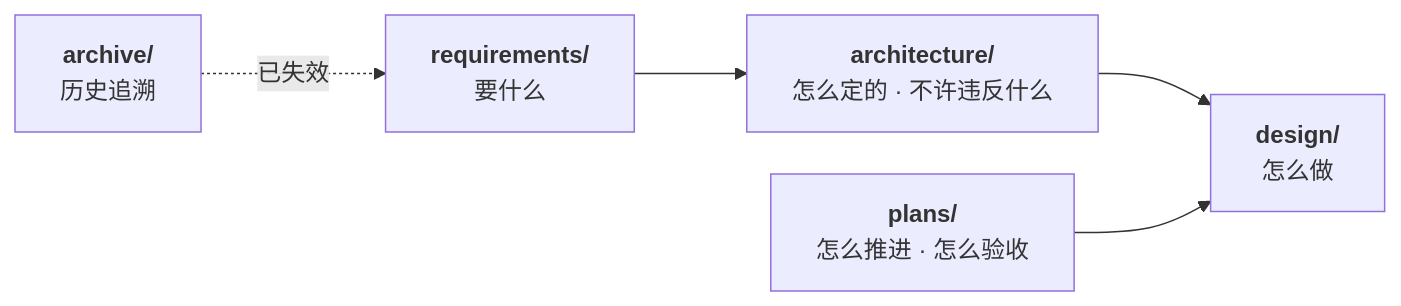
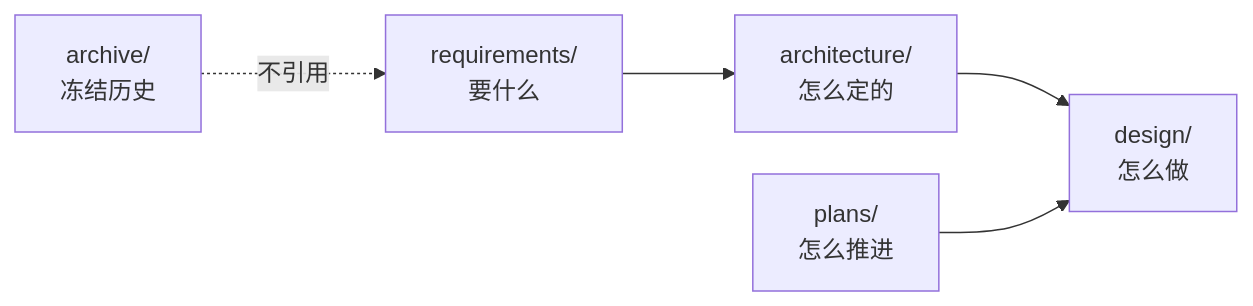
The diagram in docs/README.md (charleslyh/nova-chat), drawn with Mermaid before and after one commit. The commit also changed other lines of this file and 137 other files, not shown here.

Commit message:
feat(sessions): reshape product around session-stream gateway with verification-first rails test: add L0–L2 harness, Trace/Oracle scenarios, and just verify/coverage/unittest docs: realign requirements, architecture, and plans to D19 scope

````diff
--- a/docs/README.md
+++ b/docs/README.md
@@ -9,8 +9,8 @@
 ```mermaid
 %%{init: {"flowchart": {"curve": "basis", "rankSpacing": 75, "nodeSpacing": 28}}}%%
 flowchart LR
-    R["<b>requirements/</b><br/>要什么"] --> A["<b>architecture/</b><br/>怎么定的 · 不许违反什么"]
-    A --> D["<b>design/</b><br/>怎么做"]
-    P["<b>plans/</b><br/>怎么推进 · 怎么验收"] --> D
-    AR["<b>archive/</b><br/>历史追溯"] -.已失效.-> R
+    R["requirements/<br/>要什么"] --> A["architecture/<br/>怎么定的"]
+    A --> D["design/<br/>怎么做"]
+    P["plans/<br/>怎么推进"] --> D
+    AR["archive/<br/>冻结历史"] -.不引用.-> R
 ```
````
